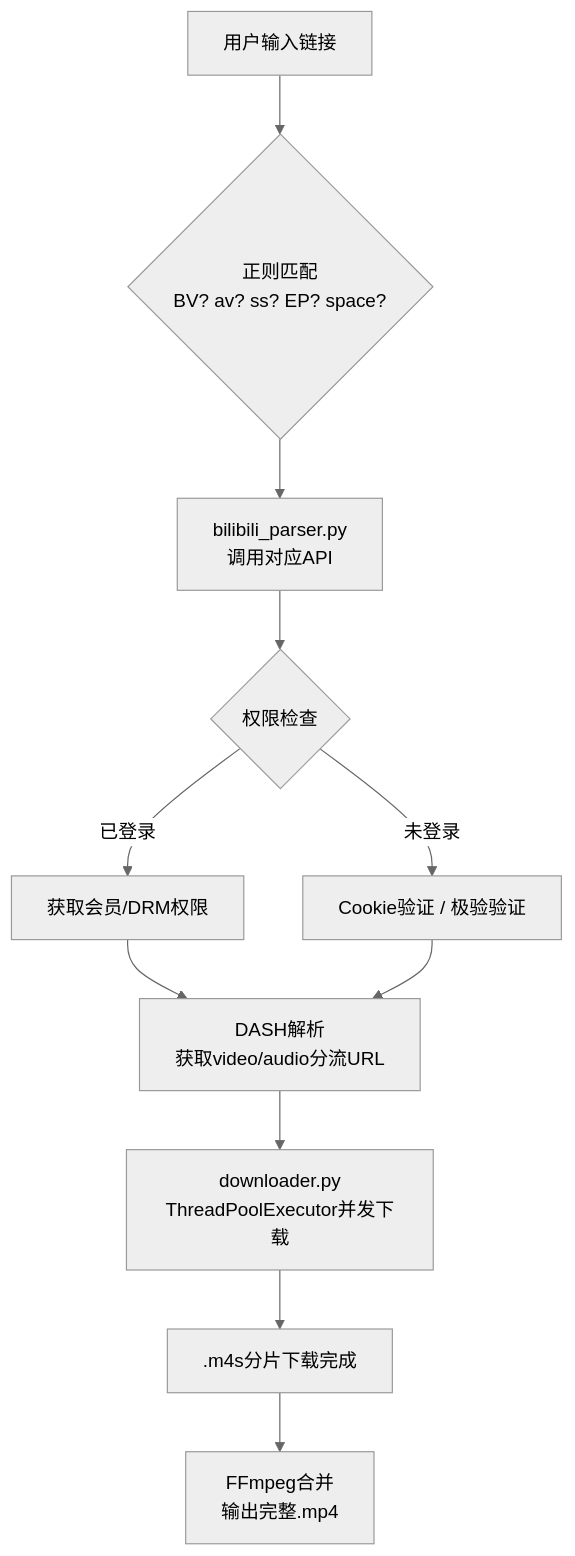
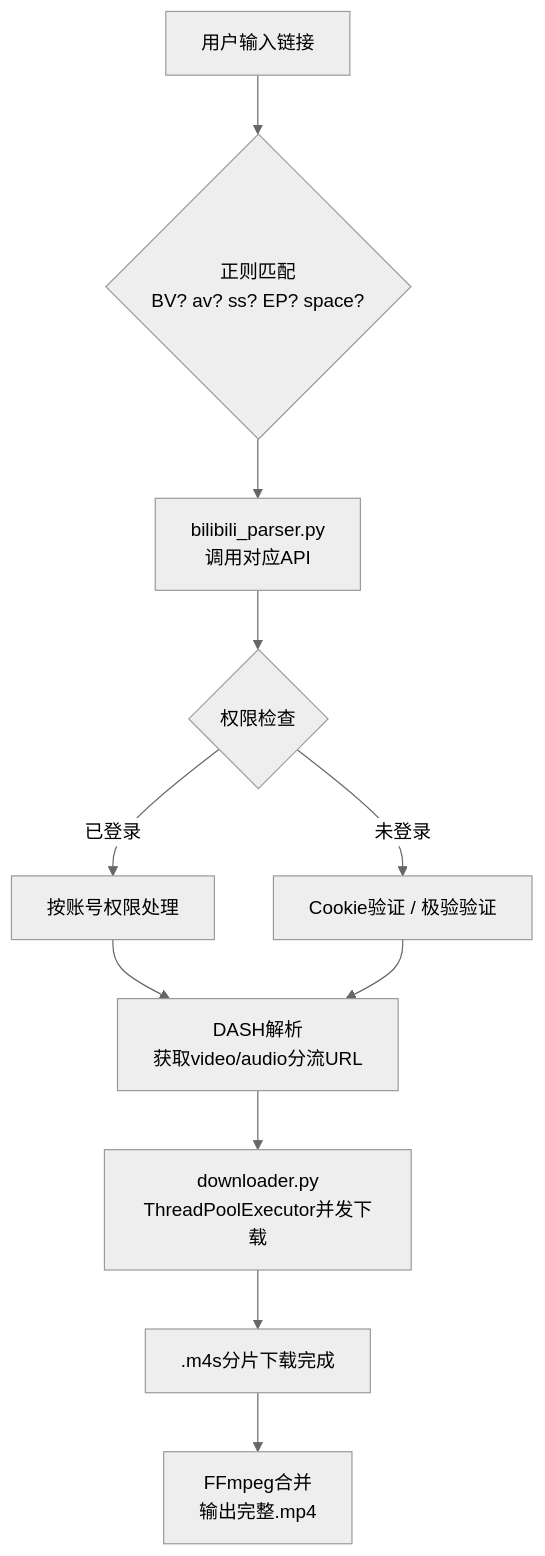
The second of 4 diagrams in README.md (NANblogink/bilibilidownloadtool), drawn with Mermaid (neutral theme) before and after one commit. The commit also changed other lines of this file and 109 other files, not shown here.

````diff
--- a/README.md
+++ b/README.md
@@ -229,13 +282,13 @@
 ```mermaid
 flowchart TD
     A["用户输入链接"] --> B{"正则匹配<br/>BV? av? ss? EP? space?"}
     B --> C["bilibili_parser.py<br/>调用对应API"]
     C --> D{"权限检查"}
-    D -->|"已登录"| E["获取会员/DRM权限"]
+    D -->|"已登录"| E["按账号权限处理"]
     D -->|"未登录"| F["Cookie验证 / 极验验证"]
     E --> G["DASH解析<br/>获取video/audio分流URL"]
     F --> G
     G --> H["downloader.py<br/>ThreadPoolExecutor并发下载"]
     H --> I[".m4s分片下载完成"]
     I --> J["FFmpeg合并<br/>输出完整.mp4"]
 ```
````
